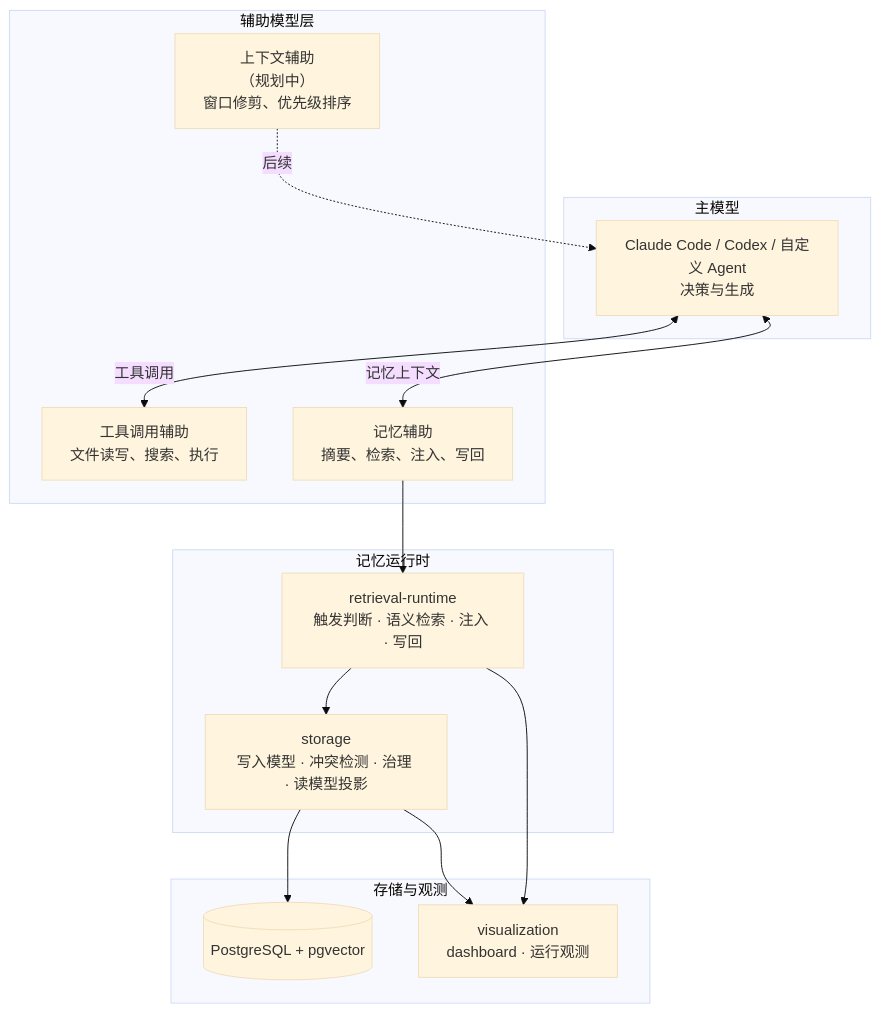
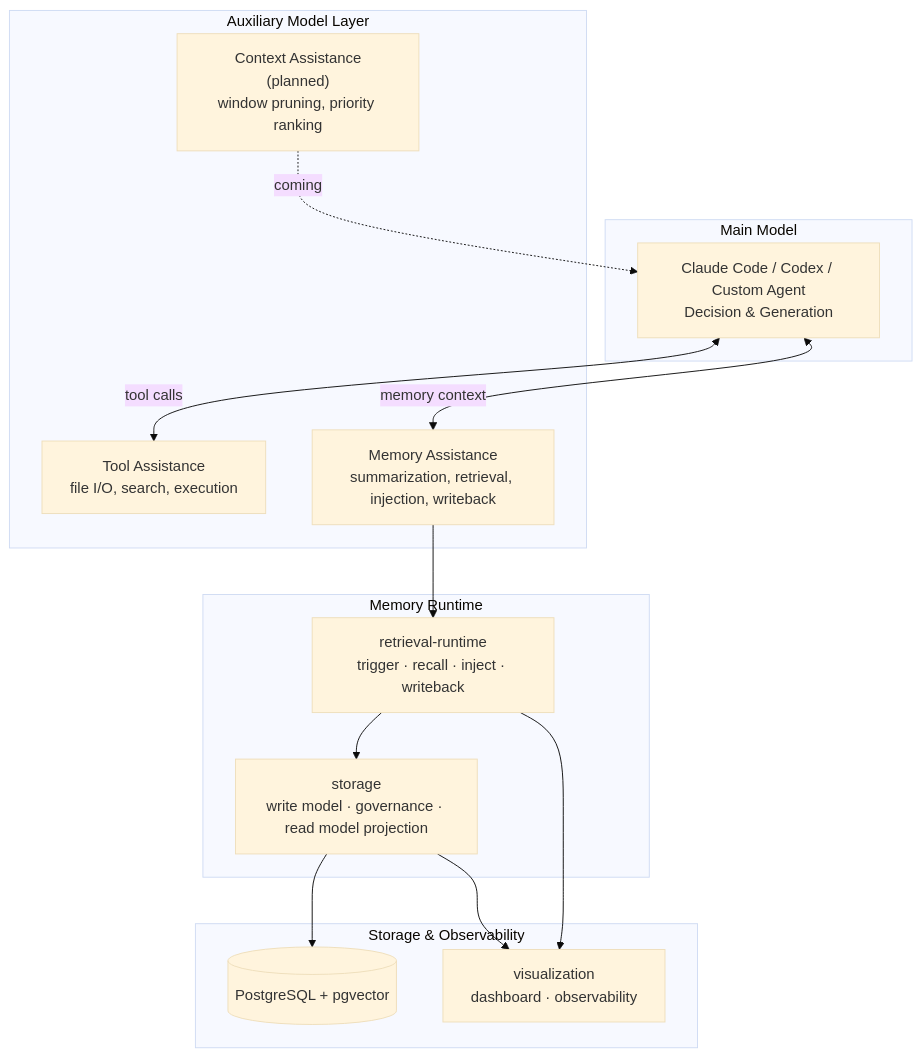
Before and after one commit to liu-collab/continuum: the first of 2 diagrams in README.md, drawn with Mermaid (base theme). The commit also changed other lines of this file and 1 other file, not shown here.

````diff
--- a/README.md
+++ b/README.md
@@ -30,29 +32,29 @@
 ```mermaid
 flowchart TB
-    subgraph 主模型
-        M["Claude Code / Codex / 自定义 Agent<br/>决策与生成"]
+    subgraph main["Main Model"]
+        M["Claude Code / Codex / Custom Agent<br/>Decision & Generation"]
     end
 
-    subgraph 辅助模型层
-        T["工具调用辅助<br/>文件读写、搜索、执行"]
-        MEM["记忆辅助<br/>摘要、检索、注入、写回"]
-        CTX["上下文辅助<br/>（规划中）<br/>窗口修剪、优先级排序"]
+    subgraph aux["Auxiliary Model Layer"]
+        T["Tool Assistance<br/>file I/O, search, execution"]
+        MEM["Memory Assistance<br/>summarization, retrieval, injection, writeback"]
+        CTX["Context Assistance<br/>(planned)<br/>window pruning, priority ranking"]
     end
 
-    subgraph 记忆运行时
-        RT["retrieval-runtime<br/>触发判断 · 语义检索 · 注入 · 写回"]
-        ST["storage<br/>写入模型 · 冲突检测 · 治理 · 读模型投影"]
+    subgraph runtime["Memory Runtime"]
+        RT["retrieval-runtime<br/>trigger · recall · inject · writeback"]
+        ST["storage<br/>write model · governance · read model projection"]
     end
 
-    subgraph 存储与观测
+    subgraph store["Storage & Observability"]
         DB[("PostgreSQL + pgvector")]
-        VIZ["visualization<br/>dashboard · 运行观测"]
+        VIZ["visualization<br/>dashboard · observability"]
     end
 
-    M <-->|"工具调用"| T
-    M <-->|"记忆上下文"| MEM
+    M <-->|"tool calls"| T
+    M <-->|"memory context"| MEM
     MEM --> RT --> ST --> DB
     RT --> VIZ
     ST --> VIZ
-    CTX -.->|"后续"| M
+    CTX -.->|"coming"| M
 ```
````
